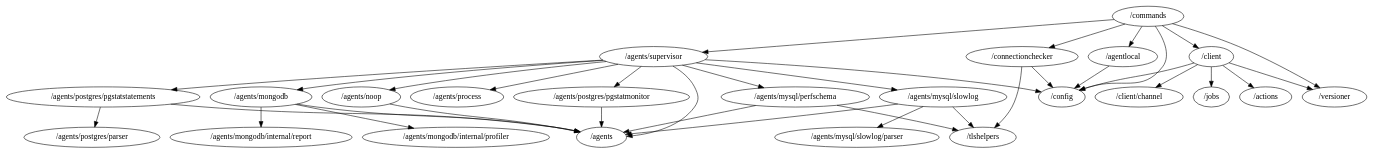
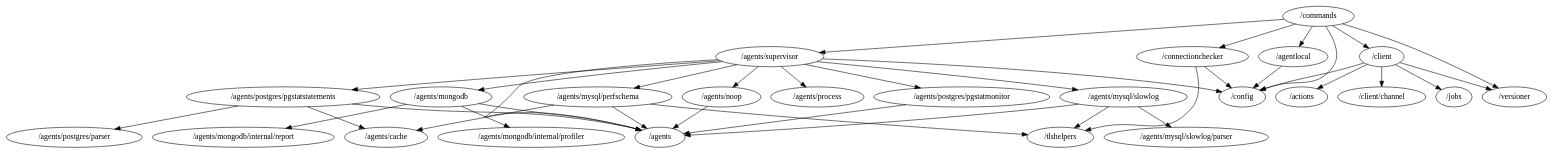
Before and after one commit to percona/pmm: the diagram in packages.dot, drawn with Graphviz. The commit also changed 23 other files, not shown here.

```diff
--- a/packages.dot
+++ b/packages.dot
@@ -1,37 +1,39 @@
 digraph packages {
 	"/agentlocal" -> "/config";
 	"/agents/mongodb" -> "/agents";
 	"/agents/mongodb" -> "/agents/mongodb/internal/profiler";
 	"/agents/mongodb" -> "/agents/mongodb/internal/report";
 	"/agents/mysql/perfschema" -> "/agents";
+	"/agents/mysql/perfschema" -> "/agents/cache";
 	"/agents/mysql/perfschema" -> "/tlshelpers";
 	"/agents/mysql/slowlog" -> "/agents";
 	"/agents/mysql/slowlog" -> "/agents/mysql/slowlog/parser";
 	"/agents/mysql/slowlog" -> "/tlshelpers";
 	"/agents/noop" -> "/agents";
 	"/agents/postgres/pgstatmonitor" -> "/agents";
 	"/agents/postgres/pgstatstatements" -> "/agents";
+	"/agents/postgres/pgstatstatements" -> "/agents/cache";
 	"/agents/postgres/pgstatstatements" -> "/agents/postgres/parser";
 	"/agents/supervisor" -> "/agents";
 	"/agents/supervisor" -> "/agents/mongodb";
 	"/agents/supervisor" -> "/agents/mysql/perfschema";
 	"/agents/supervisor" -> "/agents/mysql/slowlog";
 	"/agents/supervisor" -> "/agents/noop";
 	"/agents/supervisor" -> "/agents/postgres/pgstatmonitor";
 	"/agents/supervisor" -> "/agents/postgres/pgstatstatements";
 	"/agents/supervisor" -> "/agents/process";
 	"/agents/supervisor" -> "/config";
 	"/client" -> "/actions";
 	"/client" -> "/client/channel";
 	"/client" -> "/config";
 	"/client" -> "/jobs";
 	"/client" -> "/versioner";
 	"/commands" -> "/agentlocal";
 	"/commands" -> "/agents/supervisor";
 	"/commands" -> "/client";
 	"/commands" -> "/config";
 	"/commands" -> "/connectionchecker";
 	"/commands" -> "/versioner";
 	"/connectionchecker" -> "/config";
 	"/connectionchecker" -> "/tlshelpers";
 }
```
